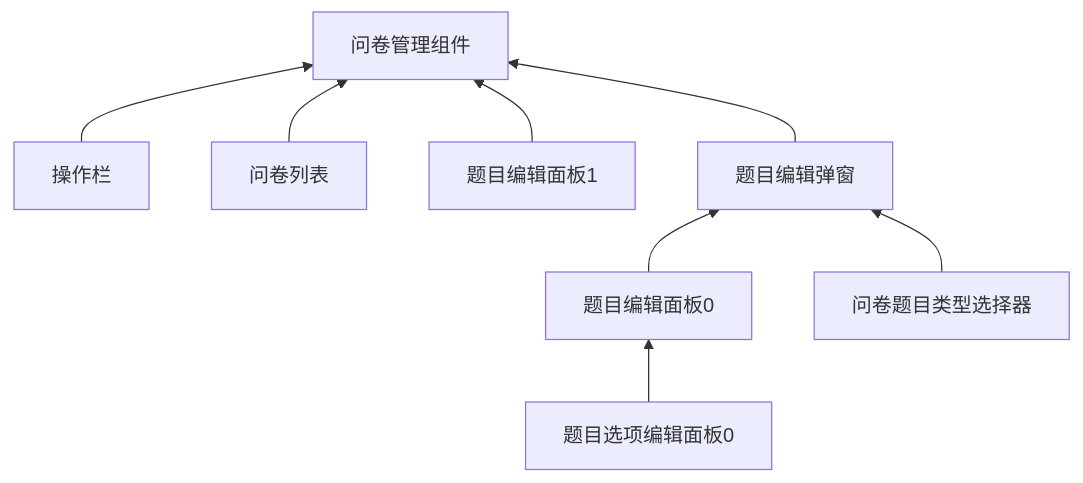
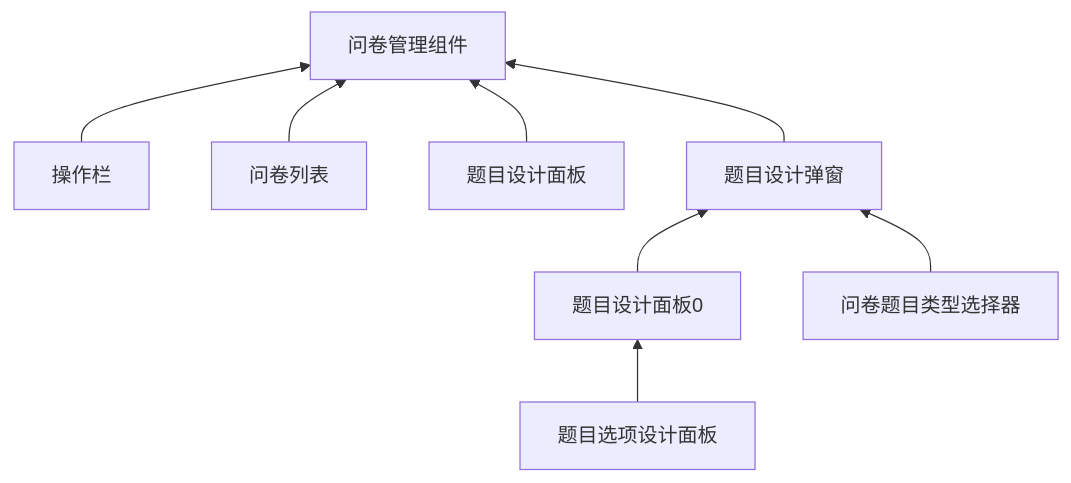
One commit to DanceSky720/v3_vite_admin-master changed the diagram in src/components/QuestionnaireManager/README.md. Above: the diagram before and after it, drawn with Mermaid. The commit also changed other lines of this file and 11 other files, not shown here.

````diff
--- a/src/components/QuestionnaireManager/README.md
+++ b/src/components/QuestionnaireManager/README.md
@@ -46,13 +46,13 @@
 ```mermaid
 graph BT
 
-    题目选项编辑面板0 --> pe[题目编辑面板0 ]
-    pe --> dialog[题目编辑弹窗]
+    题目选项设计面板 --> pe[题目设计面板0]
+    pe --> dialog[题目设计弹窗]
     问卷题目类型选择器 -->dialog
 
     操作栏 --> manager[问卷管理组件]
     问卷列表 --> manager
-    题目编辑面板1 --> manager
+    题目设计面板 --> manager
     dialog --> manager
 
 ```
````
